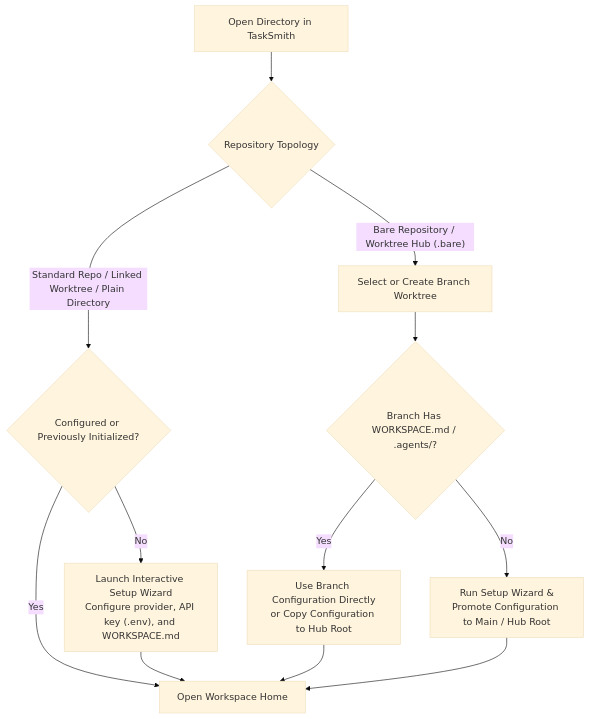
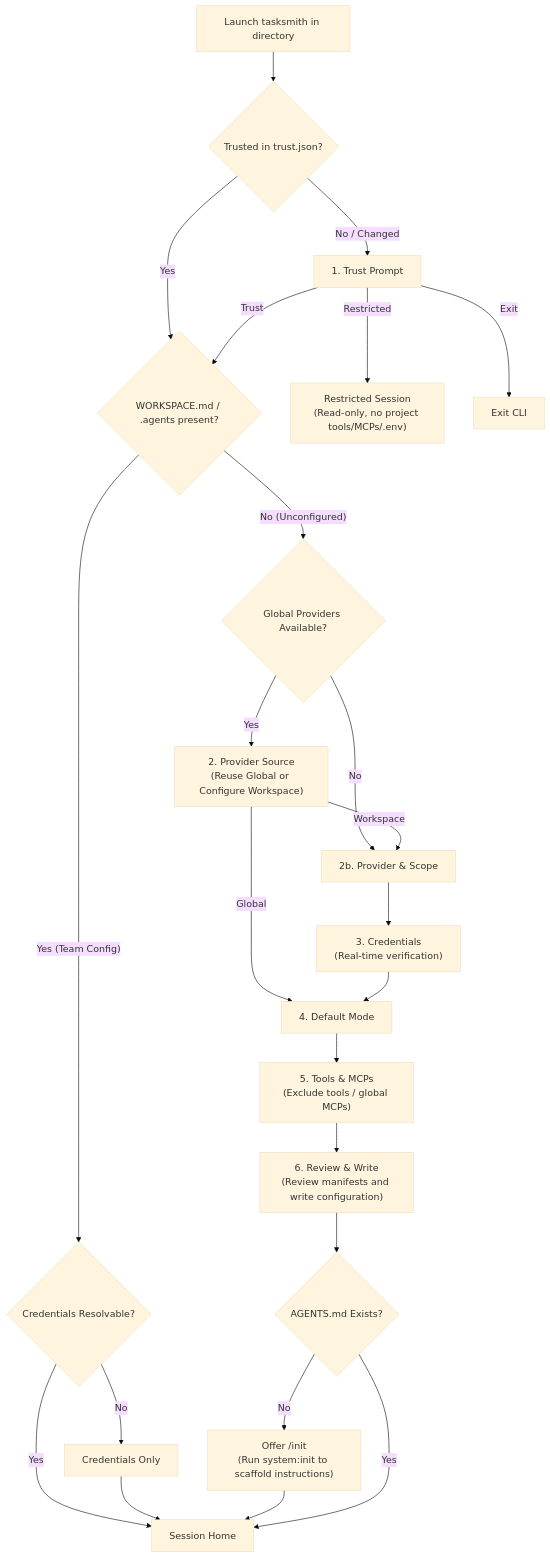
One commit to masterkeysrd/tasksmith changed the third of 3 diagrams in docs/guides/workspaces.md. Above: the diagram before and after it, drawn with Mermaid (base theme). The commit also changed other lines of this file and 44 other files, not shown here.

````diff
--- a/docs/guides/workspaces.md
+++ b/docs/guides/workspaces.md
@@ -170,15 +170,23 @@
 ```mermaid
 flowchart TD
-    Start["Open Directory in TaskSmith"] --> Topology{"Repository Topology"}
-
-    Topology -->|"Standard Repo / Linked Worktree / Plain Directory"| IsInit{"Configured or Previously Initialized?"}
-    IsInit -->|"No"| Setup["Launch Interactive Setup Wizard\nConfigure provider, API key (.env), and WORKSPACE.md"]
-    IsInit -->|"Yes"| Home["Open Workspace Home"]
-    Setup --> Home
-
-    Topology -->|"Bare Repository / Worktree Hub (.bare)"| BranchPrompt["Select or Create Branch Worktree"]
-    BranchPrompt --> HasConfig{"Branch Has WORKSPACE.md / .agents/?"}
-    HasConfig -->|"Yes"| PromoteOrUse["Use Branch Configuration Directly\nor Copy Configuration to Hub Root"]
-    HasConfig -->|"No"| SetupAndPromote["Run Setup Wizard &\nPromote Configuration to Main / Hub Root"]
-    PromoteOrUse & SetupAndPromote --> Home
+    A["Launch tasksmith in directory"] --> T{"Trusted in trust.json?"}
+    T -->|"No / Changed"| TS["1. Trust Prompt"]
+    T -->|"Yes"| C{"WORKSPACE.md / .agents present?"}
+    TS -->|"Trust"| C
+    TS -->|"Restricted"| R["Restricted Session\n(Read-only, no project tools/MCPs/.env)"]
+    TS -->|"Exit"| X["Exit CLI"]
+    C -->|"Yes (Team Config)"| V{"Credentials Resolvable?"}
+    V -->|"Yes"| H["Session Home"]
+    V -->|"No"| CR["Credentials Only"] --> H
+    C -->|"No (Unconfigured)"| G{"Global Providers Available?"}
+    G -->|"Yes"| PS["2. Provider Source\n(Reuse Global or Configure Workspace)"]
+    G -->|"No"| PP["2b. Provider & Scope"]
+    PS -->|"Global"| MD["4. Default Mode"]
+    PS -->|"Workspace"| PP
+    PP --> CRD["3. Credentials\n(Real-time verification)"] --> MD
+    MD --> TL["5. Tools & MCPs\n(Exclude tools / global MCPs)"]
+    TL --> RV["6. Review & Write\n(Review manifests and write configuration)"]
+    RV --> I{"AGENTS.md Exists?"}
+    I -->|"No"| OI["Offer /init\n(Run system:init to scaffold instructions)"] --> H
+    I -->|"Yes"| H
 ```
````
